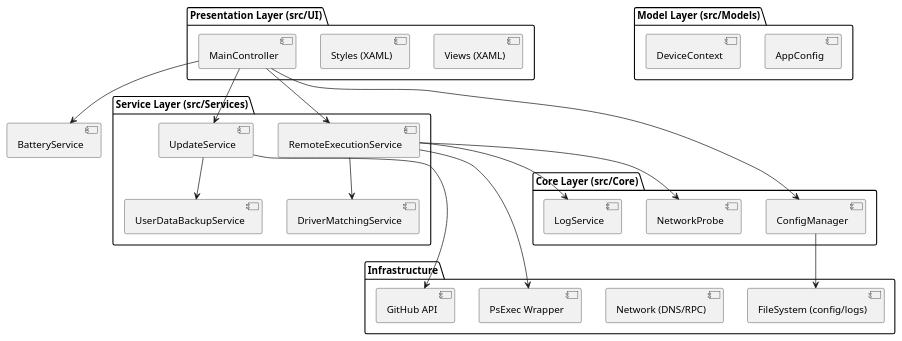
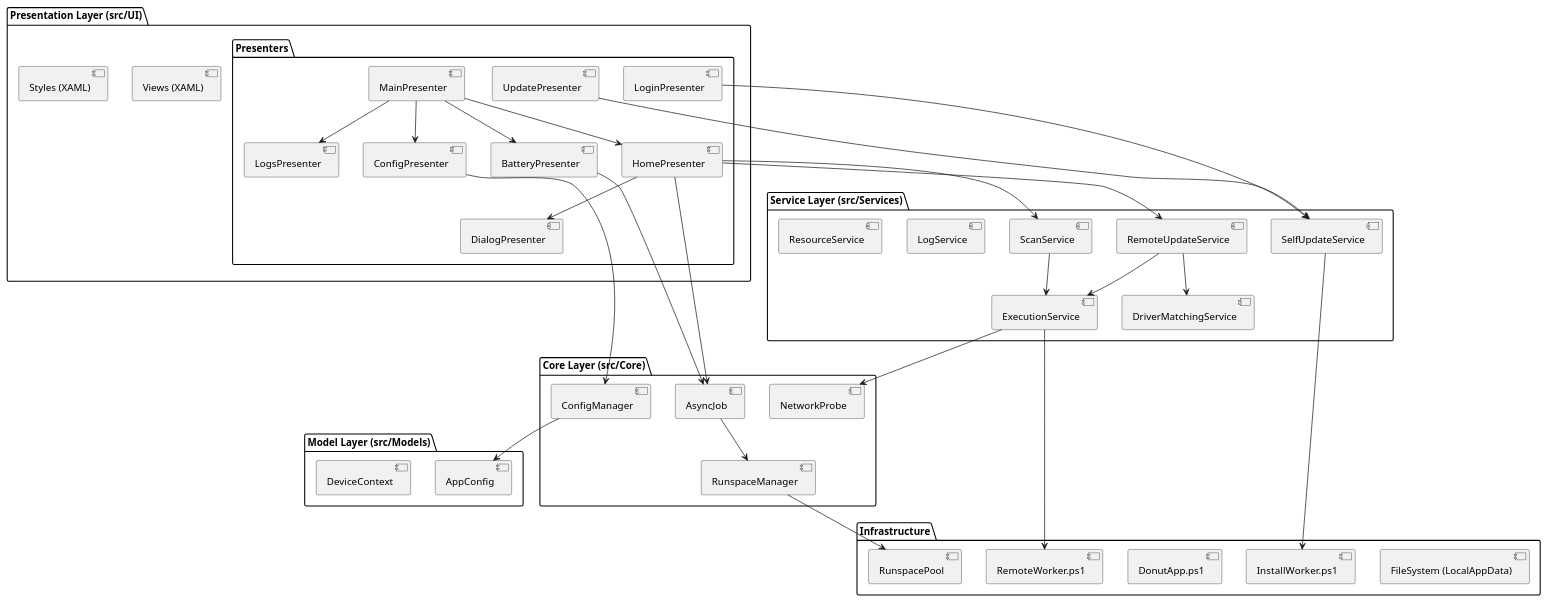
The diagram in docs/diagrams/package_diagram.puml (Danial-Changez/DONUT), drawn with PlantUML before and after one commit. The commit also changed 119 other files, not shown here.

```diff
--- a/docs/diagrams/package_diagram.puml
+++ b/docs/diagrams/package_diagram.puml
@@ -1,46 +1,76 @@
-@startuml
+@startuml Package Diagram
 package "Presentation Layer (src/UI)" {
     [Views (XAML)]
     [Styles (XAML)]
-    [MainController]
+    package "Presenters" {
+        [MainPresenter]
+        [HomePresenter]
+        [ConfigPresenter]
+        [LogsPresenter]
+        [BatteryPresenter]
+        [LoginPresenter]
+        [UpdatePresenter]
+        [DialogPresenter]
+    }
 }
 
 package "Service Layer (src/Services)" {
-    [RemoteExecutionService]
-    [UpdateService]
+    [ScanService]
+    [RemoteUpdateService]
+    [ExecutionService]
     [DriverMatchingService]
-    [UserDataBackupService]
+    [SelfUpdateService]
+    [LogService]
+    [ResourceService]
 }
 
 package "Core Layer (src/Core)" {
     [ConfigManager]
-    [LogService]
     [NetworkProbe]
+    [AsyncJob]
+    [RunspaceManager]
 }
 
 package "Model Layer (src/Models)" {
     [AppConfig]
     [DeviceContext]
 }
 
 package "Infrastructure" {
-    [FileSystem (config/logs)]
-    [Network (DNS/RPC)]
-    [GitHub API]
-    [PsExec Wrapper]
+    [FileSystem (LocalAppData)]
+    [RunspacePool]
+    [DonutApp.ps1]
+    [RemoteWorker.ps1]
+    [InstallWorker.ps1]
 }
 
-[MainController] --> [RemoteExecutionService]
-[MainController] --> [UpdateService]
-[MainController] --> [BatteryService]
-[MainController] --> [ConfigManager]
+[MainPresenter] --> [HomePresenter]
+[MainPresenter] --> [ConfigPresenter]
+[MainPresenter] --> [LogsPresenter]
+[MainPresenter] --> [BatteryPresenter]
 
-[RemoteExecutionService] --> [NetworkProbe]
-[RemoteExecutionService] --> [LogService]
-[RemoteExecutionService] --> [PsExec Wrapper]
-[RemoteExecutionService] --> [DriverMatchingService]
+[HomePresenter] --> [ScanService]
+[HomePresenter] --> [RemoteUpdateService]
+[HomePresenter] --> [AsyncJob]
+[HomePresenter] --> [DialogPresenter]
 
-[UpdateService] --> [GitHub API]
-[UpdateService] --> [UserDataBackupService]
-[ConfigManager] --> [FileSystem (config/logs)]
+[BatteryPresenter] --> [AsyncJob]
+
+[ScanService] --> [ExecutionService]
+[RemoteUpdateService] --> [ExecutionService]
+[RemoteUpdateService] --> [DriverMatchingService]
+
+[ExecutionService] --> [RemoteWorker.ps1]
+[ExecutionService] --> [NetworkProbe]
+
+[ConfigPresenter] --> [ConfigManager]
+[ConfigManager] --> [AppConfig]
+
+[AsyncJob] --> [RunspaceManager]
+[RunspaceManager] --> [RunspacePool]
+
+[UpdatePresenter] --> [SelfUpdateService]
+[LoginPresenter] --> [SelfUpdateService]
+[SelfUpdateService] --> [InstallWorker.ps1]
+
 @enduml
```
